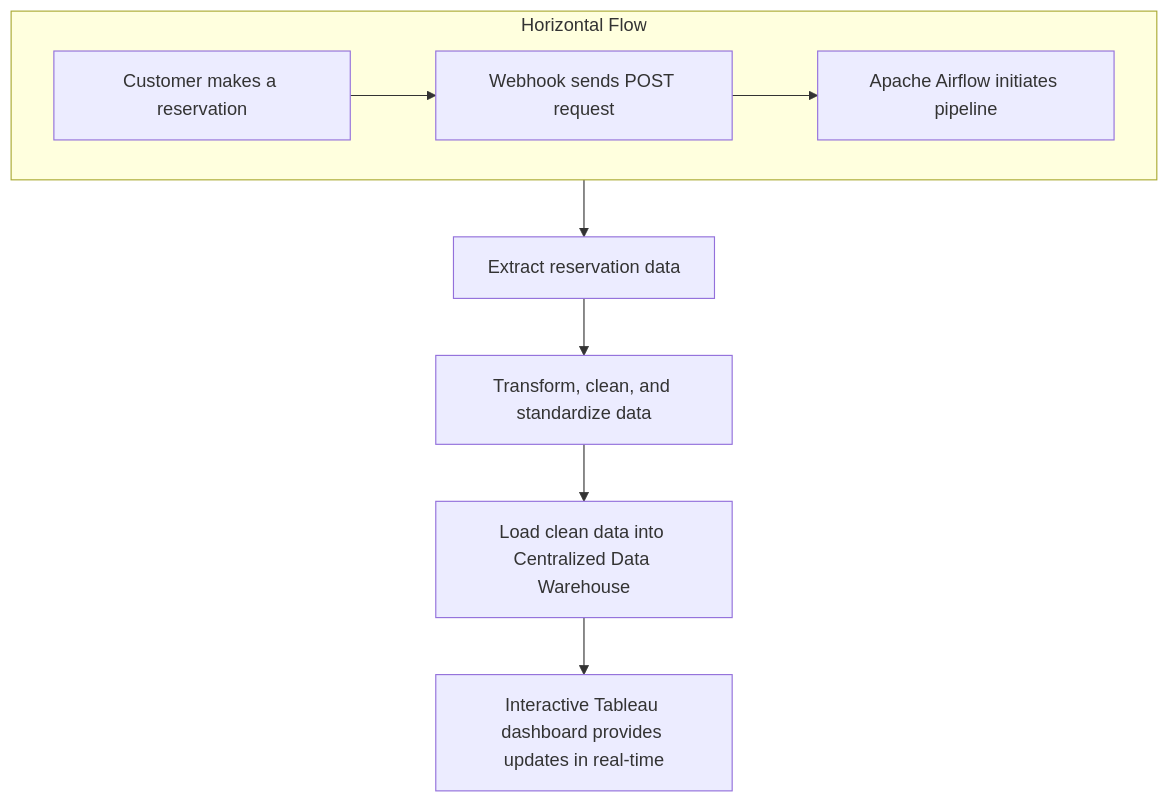
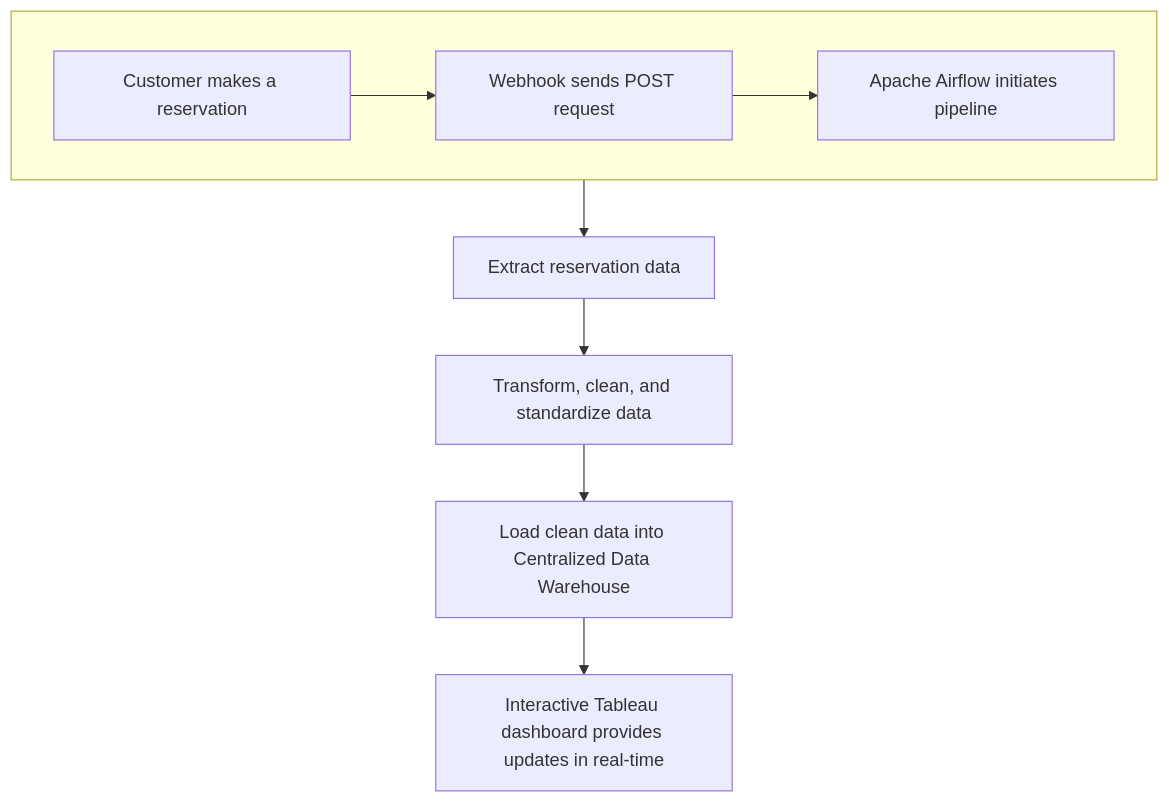
One commit to psgpyc/Simulated-Restaurant-Booking-System-with-Real-Time-ETL-Pipeline-Using-Django-Webhooks-Airflow-Po changed the diagram in README.md. Above: the diagram before and after it, drawn with Mermaid.

````diff
--- a/README.md
+++ b/README.md
@@ -25,16 +25,16 @@
 ```mermaid
 flowchart TB
-    subgraph HorizontalFlow[Horizontal Flow]
+    subgraph HorizontalFlow[ ]
     direction LR
         A["Customer makes a reservation"]:::wrap --> B["Webhook sends POST request"]:::wrap --> C["Apache Airflow initiates pipeline"]:::wrap
     end
 
     %% Continue vertically after the subgraph
     C --> D["Extract reservation data"]:::wrap
     D --> E["Transform, clean, and standardize data"]:::wrap
     E --> F["Load clean data into Centralized Data Warehouse"]:::wrap
     F --> G["Interactive Tableau dashboard provides updates in real-time"]:::wrap
 
     %% Optional: define a class for wrapping text
     classDef wrap text-align:left wrap:true width:200px
 ```
````
